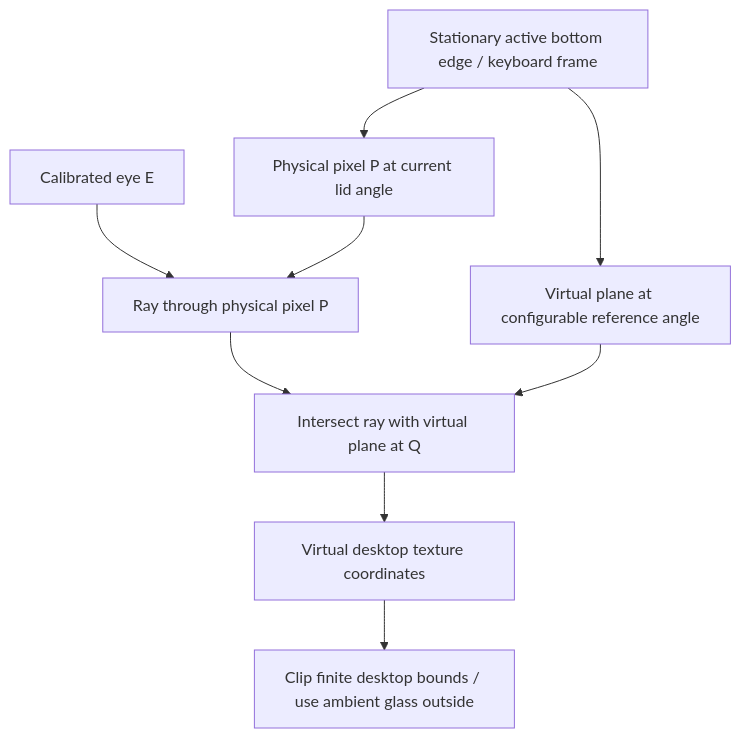
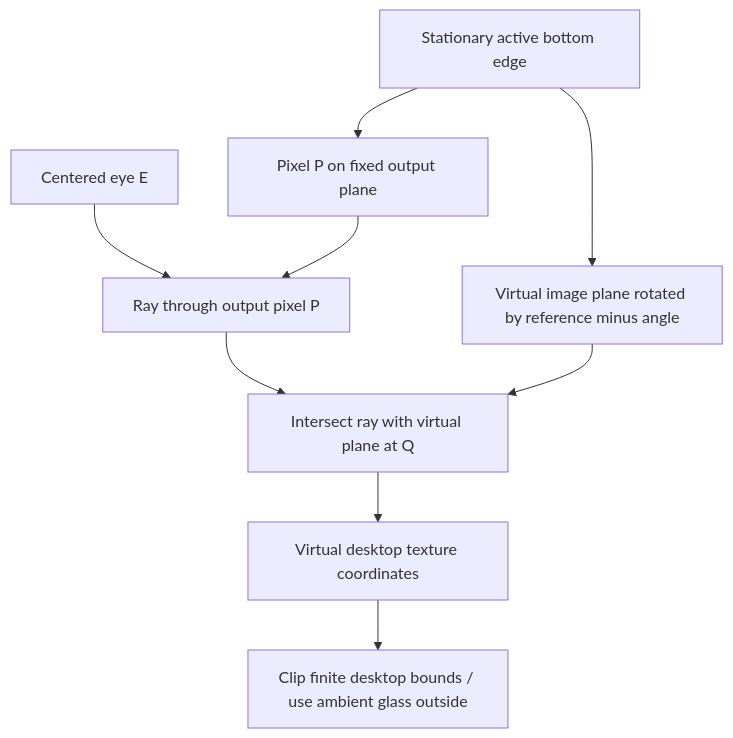
One commit to Comb1e/windows-turn changed the third of 7 diagrams in renderer/docs/architecture.md. Above: the diagram before and after it, drawn with Mermaid. The commit also changed other lines of this file and 18 other files, not shown here.

````diff
--- a/renderer/docs/architecture.md
+++ b/renderer/docs/architecture.md
@@ -47,11 +47,11 @@
 ```mermaid
 flowchart TB
-  H[Stationary active bottom edge / keyboard frame] --> P[Physical pixel P at current lid angle]
-  H --> V[Virtual plane at configurable reference angle]
-  E[Calibrated eye E] --> Ray[Ray through physical pixel P]
+  H[Stationary active bottom edge] --> P[Pixel P on fixed output plane]
+  H --> V[Virtual image plane rotated by reference minus angle]
+  E[Centered eye E] --> Ray[Ray through output pixel P]
   P --> Ray
   Ray --> Q[Intersect ray with virtual plane at Q]
   V --> Q
   Q --> UV[Virtual desktop texture coordinates]
   UV --> Clip[Clip finite desktop bounds / use ambient glass outside]
 ```
````
